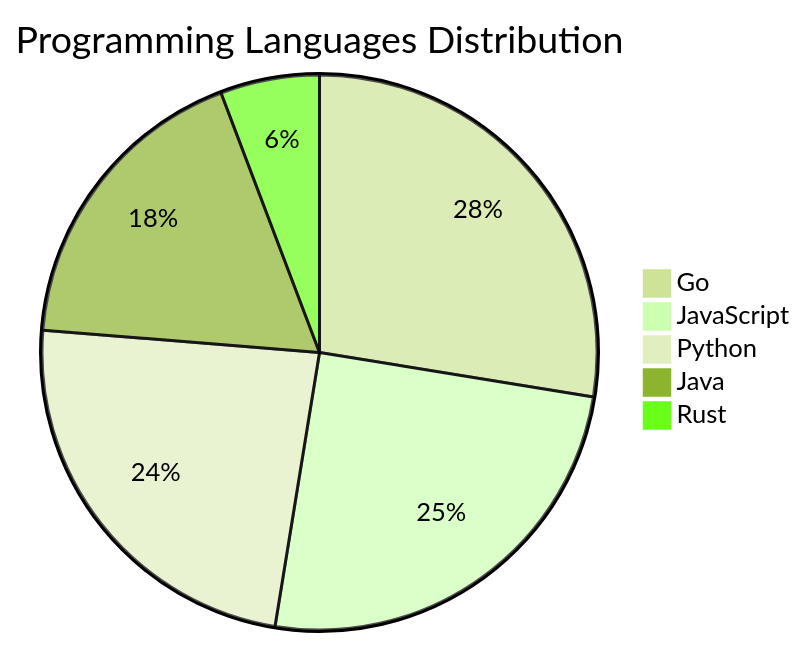
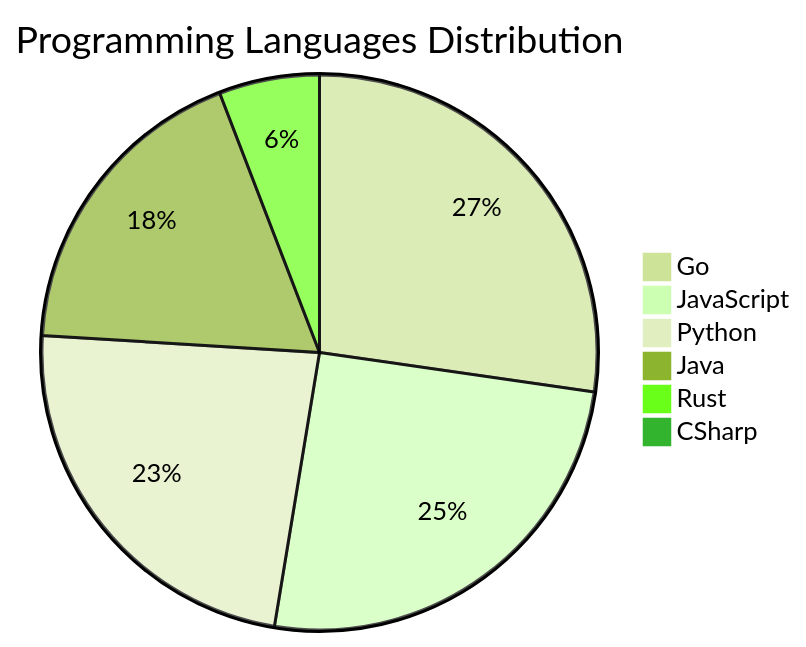
The diagram in README.md (Derrick-MUGISHA/github-activity-bot), drawn with Mermaid (forest theme) before and after one commit. The commit also changed other lines of this file and 4 other files, not shown here.

````diff
--- a/README.md
+++ b/README.md
@@ -205,8 +206,9 @@
 ```mermaid
 pie title Programming Languages Distribution
-    "Go" : 43
+    "Go" : 42
     "JavaScript" : 39
-    "Python" : 37
+    "Python" : 36
     "Java" : 28
     "Rust" : 9
+    "CSharp" : 1
 ```
````
